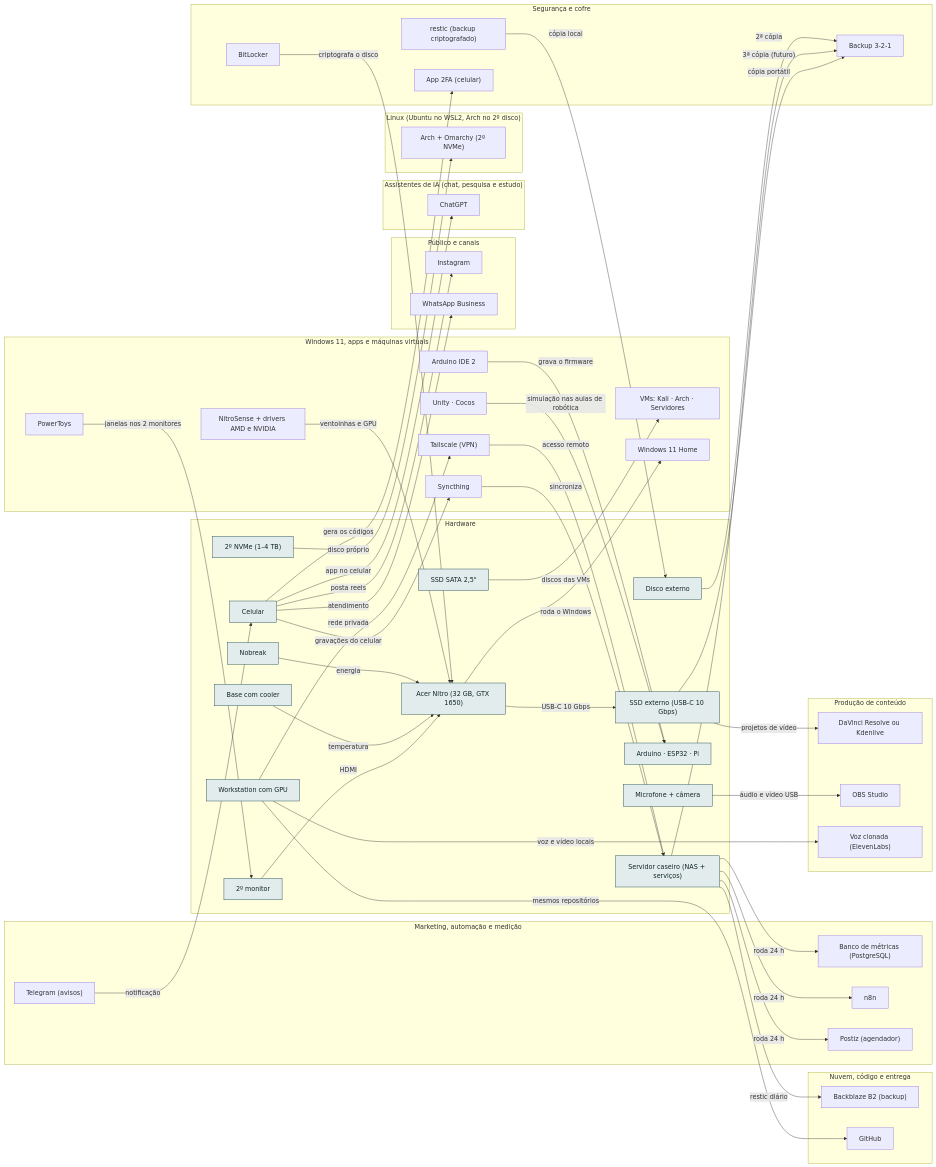
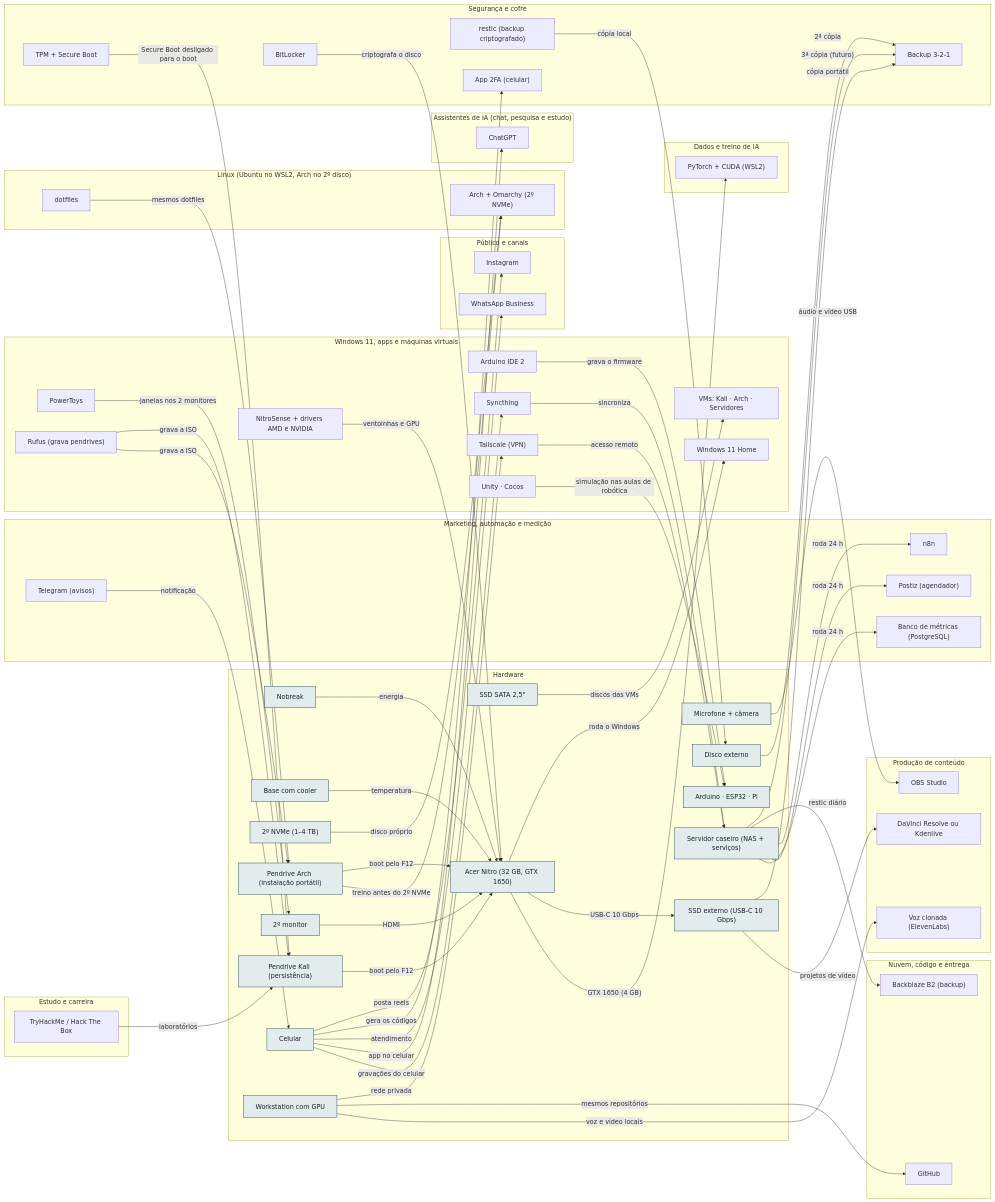
Before and after one commit to AlanMateus17/dev-setup: the diagram in docs/camadas/01-hw.md, drawn with Mermaid. The commit also changed other lines of this file and 44 other files, not shown here.

First line of the commit message:
feat(dados-ia): engenharia de dados, treino de IA e pendrives de Kali e Arch

````diff
--- a/docs/camadas/01-hw.md
+++ b/docs/camadas/01-hw.md
@@ -21,6 +21,8 @@
     n_mic["Microfone + câmera"]
     n_cel["Celular"]
     n_ext["Disco externo"]
+    n_pkali["Pendrive Kali (persistência)"]
+    n_parch["Pendrive Arch (instalação portátil)"]
     n_rob["Arduino · ESP32 · Pi"]
     n_nas["Servidor caseiro (NAS + serviços)"]
     n_ssdext["SSD externo (USB-C 10 Gbps)"]
@@ -36,6 +38,9 @@
     n_postiz["Postiz (agendador)"]
     n_tg["Telegram (avisos)"]
   end
+  subgraph L_est["Estudo e carreira"]
+    n_thm["TryHackMe / Hack The Box"]
+  end
   subgraph L_cont["Produção de conteúdo"]
     n_edit["DaVinci Resolve ou Kdenlive"]
     n_obss["OBS Studio"]
@@ -48,13 +53,18 @@
   subgraph L_chat["Assistentes de IA (chat, pesquisa e estudo)"]
     n_gpt["ChatGPT"]
   end
+  subgraph L_dados["Dados e treino de IA"]
+    n_torch["PyTorch + CUDA (WSL2)"]
+  end
   subgraph L_lin["Linux (Ubuntu no WSL2, Arch no 2º disco)"]
     n_arch["Arch + Omarchy (2º NVMe)"]
+    n_dot["dotfiles"]
   end
   subgraph L_win["Windows 11, apps e máquinas virtuais"]
     n_ard["Arduino IDE 2"]
     n_nitro["NitroSense + drivers AMD e NVIDIA"]
     n_ptoys["PowerToys"]
+    n_rufus["Rufus (grava pendrives)"]
     n_syncth["Syncthing"]
     n_tail["Tailscale (VPN)"]
     n_unity["Unity · Cocos"]
@@ -66,15 +76,19 @@
     n_bkp["Backup 3-2-1"]
     n_restic["restic (backup criptografado)"]
     n_tfa["App 2FA (celular)"]
+    n_tpm["TPM + Secure Boot"]
   end
   n_ups -->|"energia"| n_nb
   n_cool -->|"temperatura"| n_nb
   n_sata -->|"discos das VMs"| n_vms
   n_nb -->|"roda o Windows"| n_w11
   n_nb -->|"USB-C 10 Gbps"| n_ssdext
+  n_nb -->|"GTX 1650 (4 GB)"| n_torch
   n_mon -->|"HDMI"| n_nb
   n_bitl -->|"criptografa o disco"| n_nb
   n_nitro -->|"ventoinhas e GPU"| n_nb
+  n_pkali -->|"boot pelo F12"| n_nb
+  n_parch -->|"boot pelo F12"| n_nb
   n_nvme -->|"disco próprio"| n_arch
   n_ptoys -->|"janelas nos 2 monitores"| n_mon
   n_mic -->|"áudio e vídeo USB"| n_obss
@@ -86,6 +100,12 @@
   n_tg -->|"notificação"| n_cel
   n_ext -->|"2ª cópia"| n_bkp
   n_restic -->|"cópia local"| n_ext
+  n_rufus -->|"grava a ISO"| n_pkali
+  n_thm -->|"laboratórios"| n_pkali
+  n_tpm -->|"Secure Boot desligado para o boot"| n_pkali
+  n_parch -->|"treino antes do 2º NVMe"| n_arch
+  n_rufus -->|"grava a ISO"| n_parch
+  n_dot -->|"mesmos dotfiles"| n_parch
   n_ard -->|"grava o firmware"| n_rob
   n_unity -->|"simulação nas aulas de robótica"| n_rob
   n_nas -->|"3ª cópia (futuro)"| n_bkp
@@ -101,5 +121,5 @@
   n_ws -->|"mesmos repositórios"| n_gh
   n_ws -->|"voz e vídeo locais"| n_voz
   classDef desta fill:#e2ecec,stroke:#0e3a45,color:#13262b
-  class n_ups,n_cool,n_sata,n_nb,n_nvme,n_mon,n_mic,n_cel,n_ext,n_rob,n_nas,n_ssdext,n_ws desta
+  class n_ups,n_cool,n_sata,n_nb,n_nvme,n_mon,n_mic,n_cel,n_ext,n_pkali,n_parch,n_rob,n_nas,n_ssdext,n_ws desta
 ```
````
